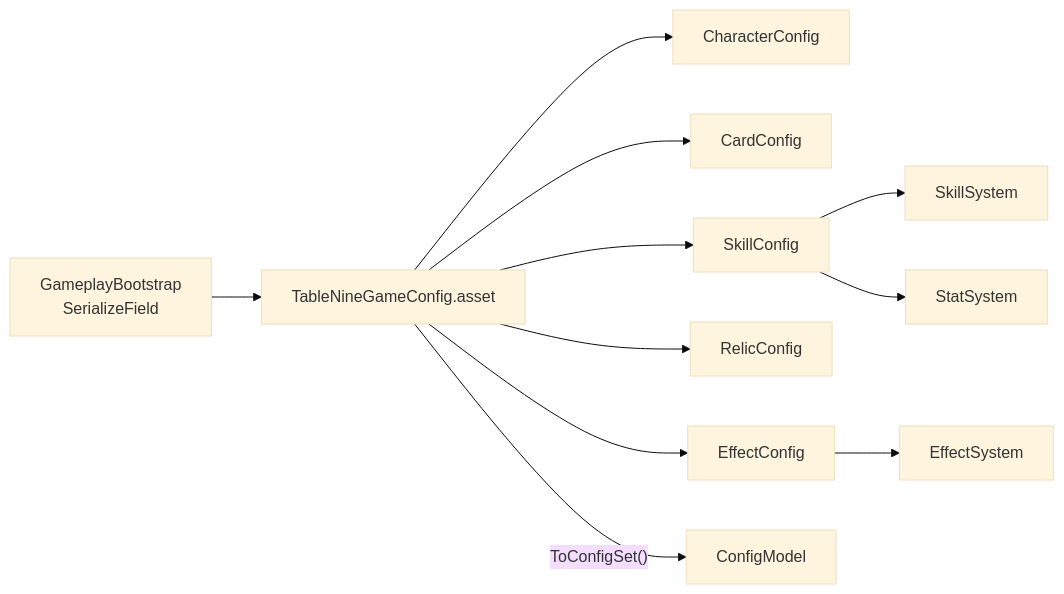
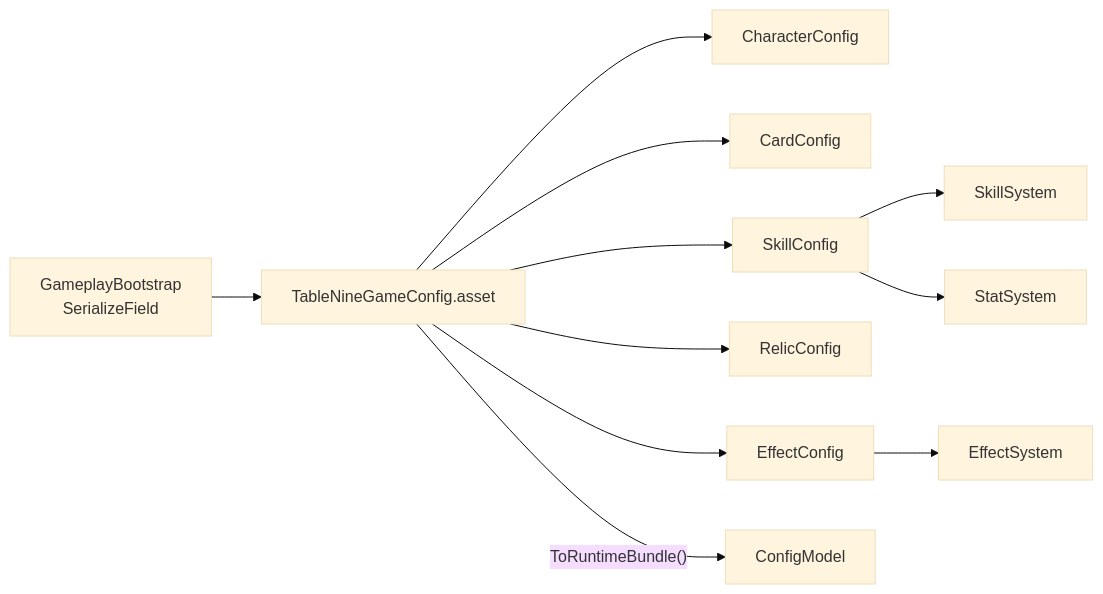
One commit to tja688/TableNine changed the diagram in Assets/Notes/SO 配置全面迁移计划.md. Above: the diagram before and after it, drawn with Mermaid (base theme). The commit also changed other lines of this file and 55 other files, not shown here.

````diff
--- a/Assets/Notes/SO 配置全面迁移计划.md
+++ b/Assets/Notes/SO 配置全面迁移计划.md
@@ -50,13 +51,13 @@
 ```mermaid
 flowchart LR
     Bootstrap["GameplayBootstrap\nSerializeField"] --> Master["TableNineGameConfig.asset"]
     Master --> CharSO["CharacterConfig"]
     Master --> CardSO["CardConfig"]
     Master --> SkillSO["SkillConfig"]
     Master --> RelicSO["RelicConfig"]
     Master --> EffectSO["EffectConfig"]
-    Master -->|"ToConfigSet()"| ConfigModel["ConfigModel"]
+    Master -->|"ToRuntimeBundle()"| ConfigModel["ConfigModel"]
     EffectSO --> EffectSystem["EffectSystem"]
     SkillSO --> SkillSystem["SkillSystem"]
     SkillSO --> StatSystem["StatSystem"]
 ```
````
